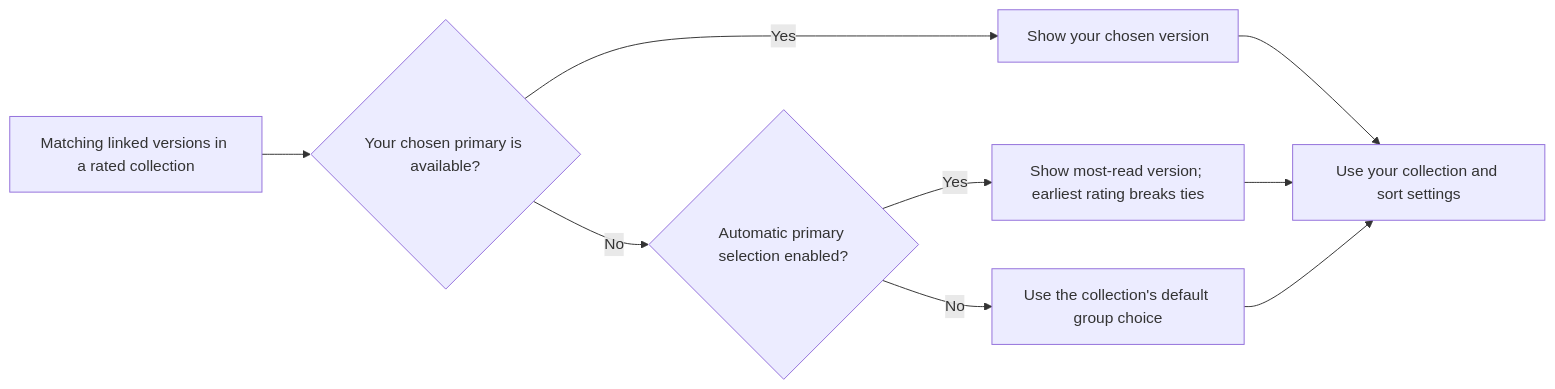
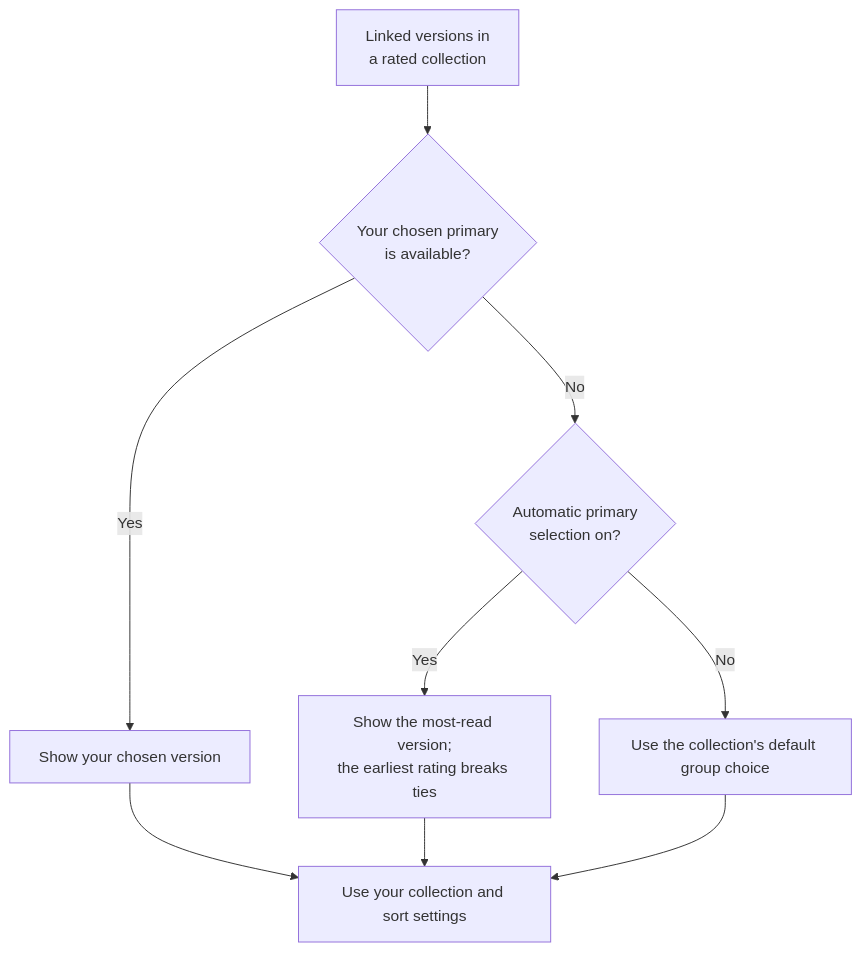
Before and after one commit to FancyCorey/komikku-fc: the fifth of 5 diagrams in docs/kmk/feature-guides/ratings.md, drawn with Mermaid. The commit also changed other lines of this file and 93 other files, not shown here.

````diff
--- a/docs/kmk/feature-guides/ratings.md
+++ b/docs/kmk/feature-guides/ratings.md
@@ -136,11 +143,11 @@
 ```mermaid
-flowchart LR
-    Group["Matching linked versions in a rated collection"] --> Manual{"Your chosen primary is available?"}
+flowchart TD
+    Group["Linked versions in<br/>a rated collection"] --> Manual{"Your chosen primary<br/>is available?"}
     Manual -->|Yes| Chosen["Show your chosen version"]
-    Manual -->|No| Auto{"Automatic primary selection enabled?"}
-    Auto -->|Yes| Read["Show most-read version; earliest rating breaks ties"]
+    Manual -->|No| Auto{"Automatic primary<br/>selection on?"}
+    Auto -->|Yes| Read["Show the most-read version;<br/>the earliest rating breaks ties"]
     Auto -->|No| Default["Use the collection's default group choice"]
     Chosen --> Sort["Use your collection and sort settings"]
     Read --> Sort
     Default --> Sort
 ```
````
